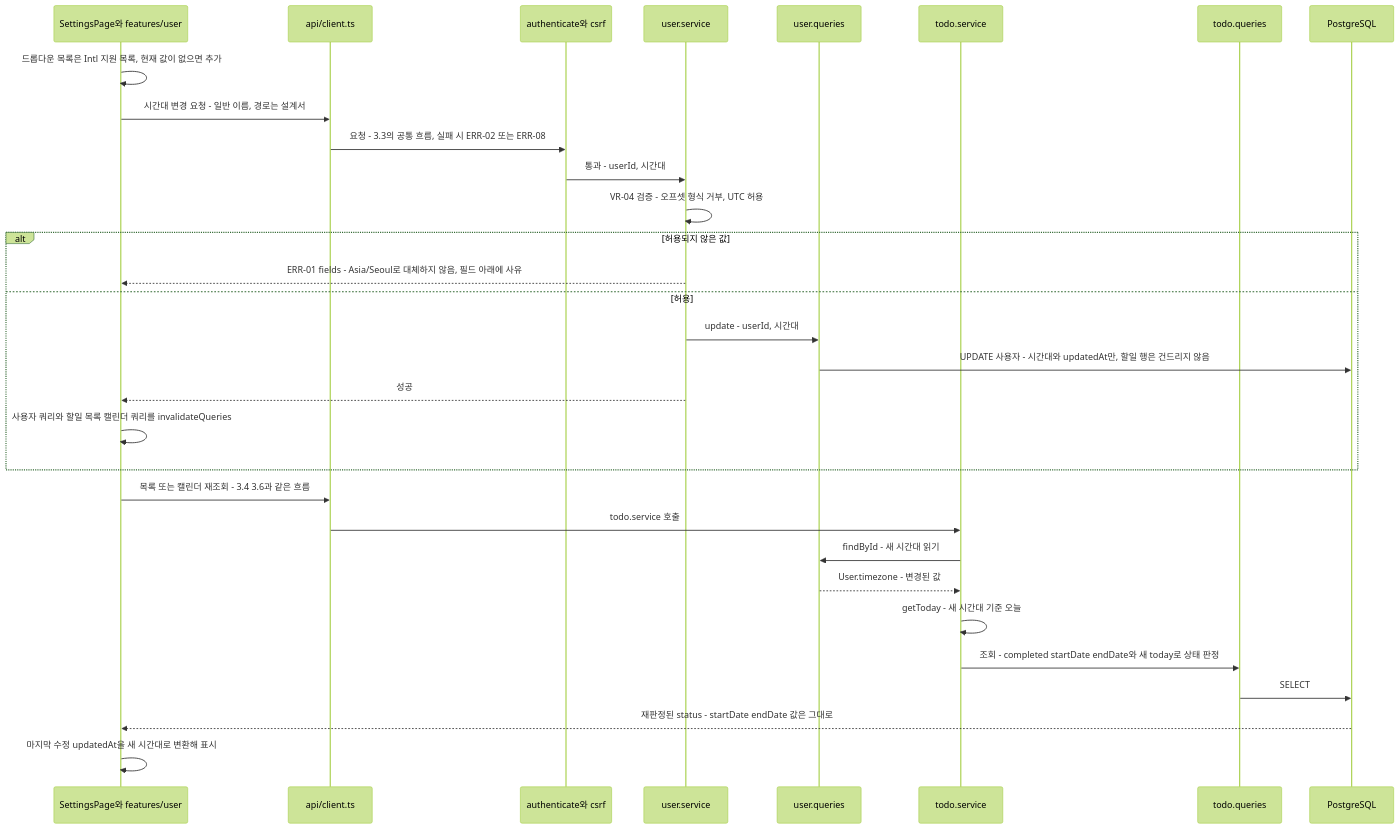
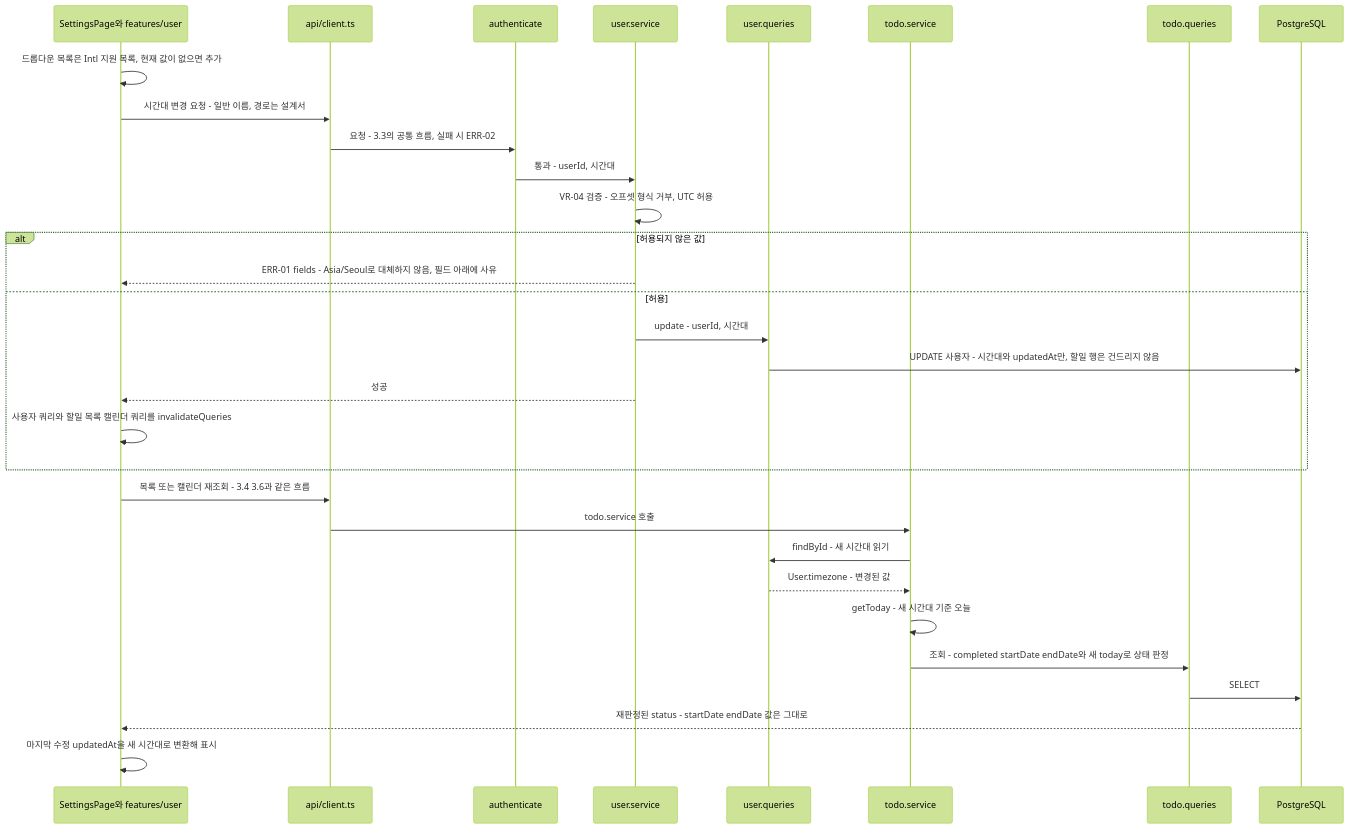
Diagram 11 of 13 in docs/6-arch-diagram.md (Palbok-Kim/todolist-app), drawn with Mermaid (forest theme) before and after one commit. The commit also changed other lines of this file and 42 other files, not shown here.

First line of the commit message:
refactor: CSRF 방어 제거, ERD·schema.sql 표기 일치화

````diff
--- a/docs/6-arch-diagram.md
+++ b/docs/6-arch-diagram.md
@@ -635,34 +618,34 @@
 ```mermaid
 sequenceDiagram
     participant UI as SettingsPage와 features/user
     participant CL as api/client.ts
-    participant MW as authenticate와 csrf
+    participant MW as authenticate
     participant SV as user.service
     participant UQ as user.queries
     participant TS as todo.service
     participant TQ as todo.queries
     participant DB as PostgreSQL
 
     UI->>UI: 드롭다운 목록은 Intl 지원 목록, 현재 값이 없으면 추가
     UI->>CL: 시간대 변경 요청 - 일반 이름, 경로는 설계서
-    CL->>MW: 요청 - 3.3의 공통 흐름, 실패 시 ERR-02 또는 ERR-08
+    CL->>MW: 요청 - 3.3의 공통 흐름, 실패 시 ERR-02
     MW->>SV: 통과 - userId, 시간대
     SV->>SV: VR-04 검증 - 오프셋 형식 거부, UTC 허용
     alt 허용되지 않은 값
         SV-->>UI: ERR-01 fields - Asia/Seoul로 대체하지 않음, 필드 아래에 사유
     else 허용
         SV->>UQ: update - userId, 시간대
         UQ->>DB: UPDATE 사용자 - 시간대와 updatedAt만, 할일 행은 건드리지 않음
         SV-->>UI: 성공
         UI->>UI: 사용자 쿼리와 할일 목록 캘린더 쿼리를 invalidateQueries
     end
     UI->>CL: 목록 또는 캘린더 재조회 - 3.4 3.6과 같은 흐름
     CL->>TS: todo.service 호출
     TS->>UQ: findById - 새 시간대 읽기
     UQ-->>TS: User.timezone - 변경된 값
     TS->>TS: getToday - 새 시간대 기준 오늘
     TS->>TQ: 조회 - completed startDate endDate와 새 today로 상태 판정
     TQ->>DB: SELECT
     DB-->>UI: 재판정된 status - startDate endDate 값은 그대로
     UI->>UI: 마지막 수정 updatedAt을 새 시간대로 변환해 표시
 ```
````
